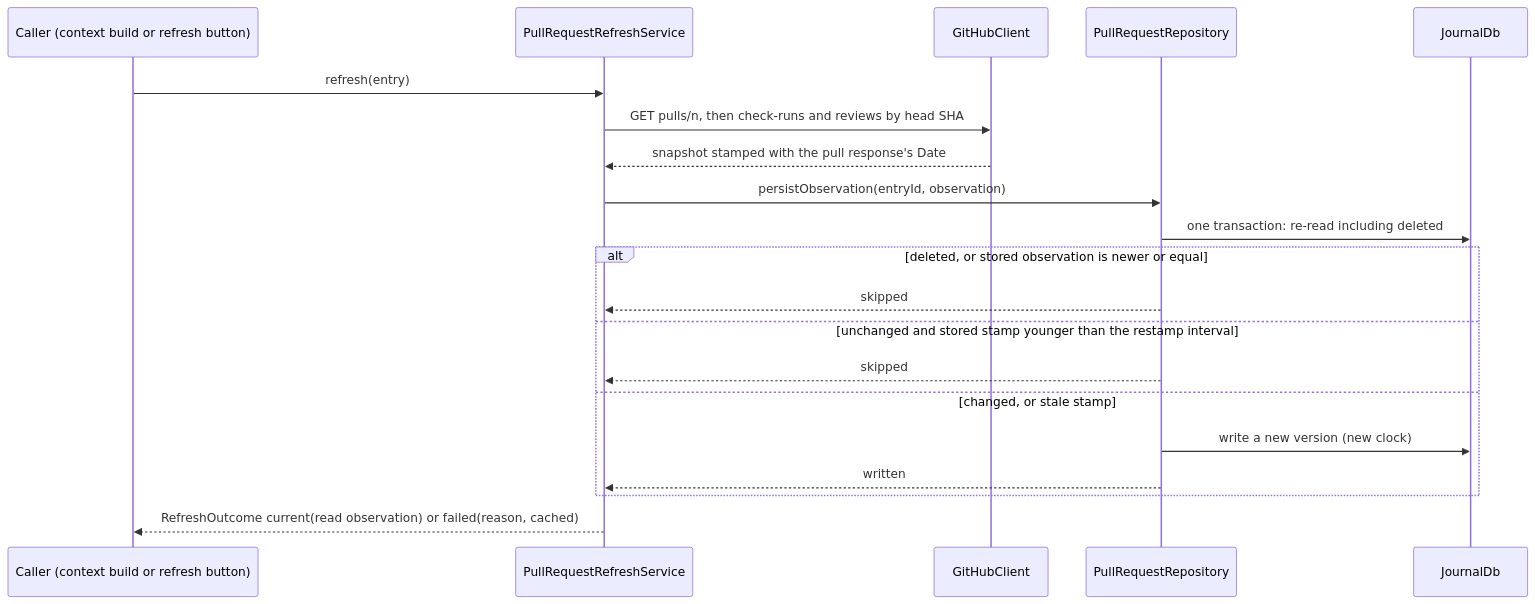
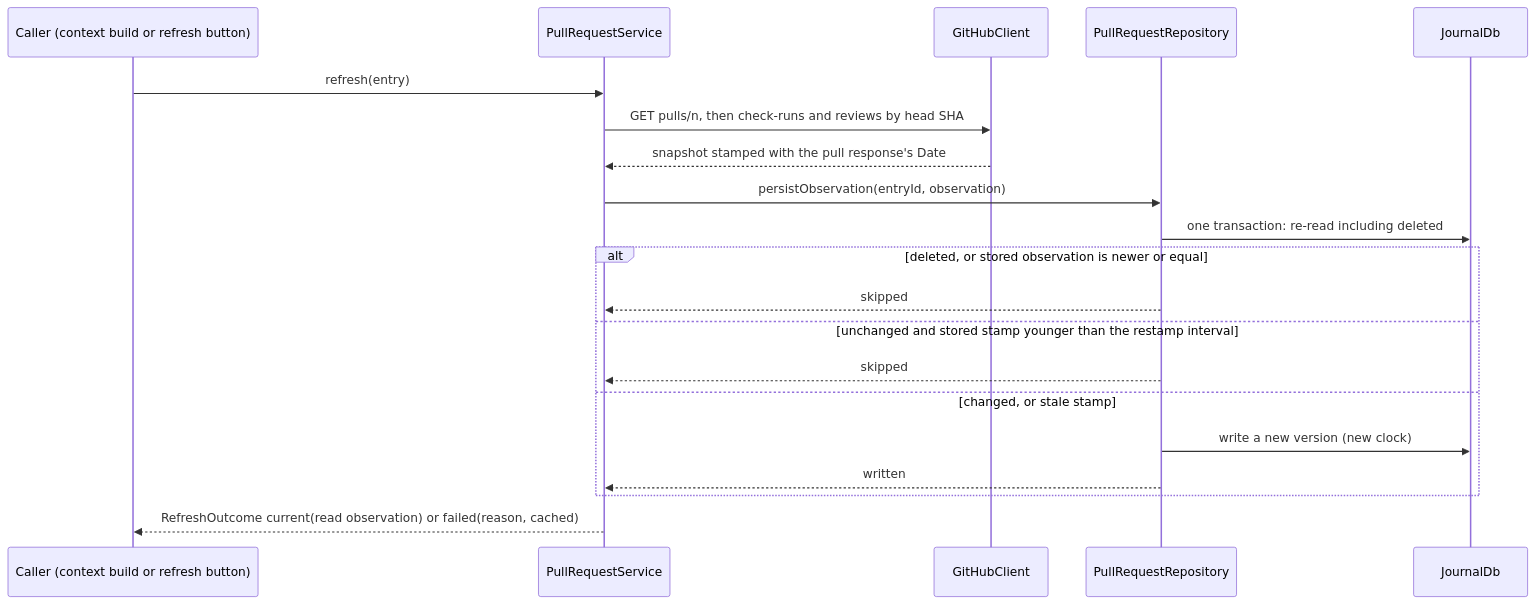
Before and after one commit to matthiasn/lotti: the first of 2 diagrams in knowledge/features/github.md, drawn with Mermaid. The commit also changed other lines of this file and 5 other files, not shown here.

````diff
--- a/knowledge/features/github.md
+++ b/knowledge/features/github.md
@@ -99,22 +115,22 @@
 ```mermaid
 sequenceDiagram
     participant C as Caller (context build or refresh button)
-    participant S as PullRequestRefreshService
+    participant S as PullRequestService
     participant G as GitHubClient
     participant R as PullRequestRepository
     participant DB as JournalDb
     C->>S: refresh(entry)
     S->>G: GET pulls/n, then check-runs and reviews by head SHA
     G-->>S: snapshot stamped with the pull response's Date
     S->>R: persistObservation(entryId, observation)
     R->>DB: one transaction: re-read including deleted
     alt deleted, or stored observation is newer or equal
         R-->>S: skipped
     else unchanged and stored stamp younger than the restamp interval
         R-->>S: skipped
     else changed, or stale stamp
         R->>DB: write a new version (new clock)
         R-->>S: written
     end
     S-->>C: RefreshOutcome current(read observation) or failed(reason, cached)
 ```
````
